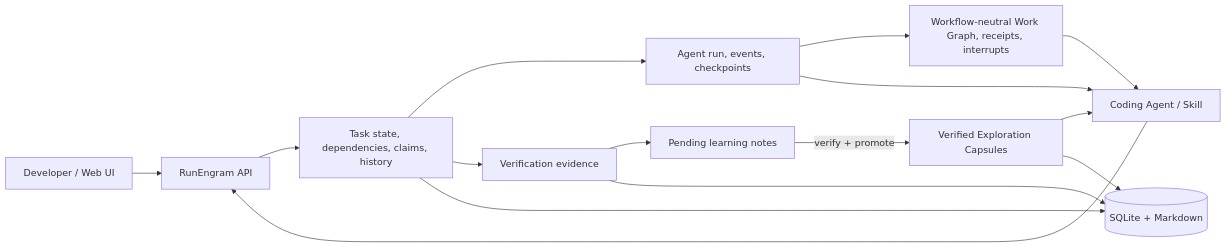
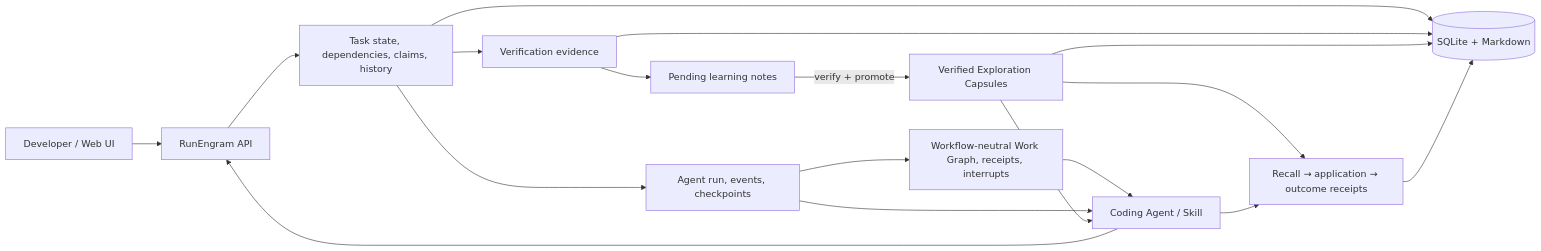
The fourth of 4 diagrams in README.md (MoonTseng/RunEngram), drawn with Mermaid before and after one commit. The commit also changed other lines of this file and 6 other files, not shown here.

````diff
--- a/README.md
+++ b/README.md
@@ -472,28 +520,32 @@
 ```mermaid
 flowchart LR
     Human["Developer / Web UI"]
     Agent["Coding Agent / Skill"]
     API["RunEngram API"]
     Task["Task state, dependencies, claims, history"]
     Run["Agent run, events, checkpoints"]
     Graph["Workflow-neutral Work Graph, receipts, interrupts"]
     Evidence["Verification evidence"]
     Candidate["Pending learning notes"]
     Learning["Verified Exploration Capsules"]
+    Impact["Recall → application → outcome receipts"]
     Store[("SQLite + Markdown")]
 
     Human --> API
     Agent --> API
     API --> Task
     Task --> Run
     Run --> Graph
     Graph --> Agent
     Run --> Agent
     Task --> Evidence
     Evidence --> Candidate
     Candidate -->|"verify + promote"| Learning
     Learning --> Agent
+    Learning --> Impact
+    Agent --> Impact
     Task --> Store
     Evidence --> Store
     Learning --> Store
+    Impact --> Store
 ```
````
